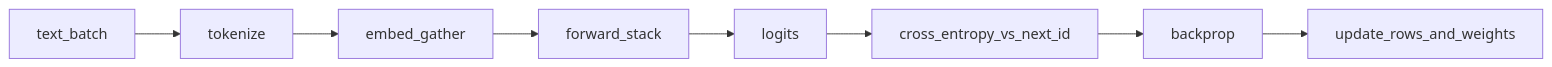
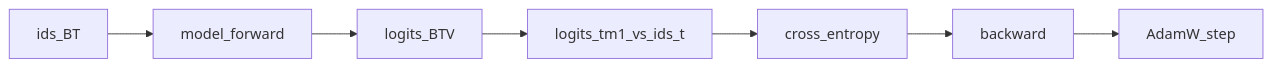
Before and after one commit to chaxus/arche: the diagram in web/src/content/beginner/en/pretrain.md, drawn with Mermaid. The commit also changed other lines of this file and 13 other files, not shown here.

First line of the commit message:
Split next-token training into objective, data, optim, and scale lessons.

````diff
--- a/web/src/content/beginner/en/pretrain.md
+++ b/web/src/content/beginner/en/pretrain.md
@@ -38,10 +81,9 @@
 ```mermaid
 flowchart LR
-  data[text_batch] --> tok[tokenize]
-  tok --> emb[embed_gather]
-  emb --> fwd[forward_stack]
-  fwd --> logits[logits]
-  logits --> ce[cross_entropy_vs_next_id]
-  ce --> bwd[backprop]
-  bwd --> upd[update_rows_and_weights]
+  batch[ids_BT] --> fwd[model_forward]
+  fwd --> logits[logits_BTV]
+  logits --> shift[logits_tm1_vs_ids_t]
+  shift --> ce[cross_entropy]
+  ce --> bwd[backward]
+  bwd --> adam[AdamW_step]
 ```
````
